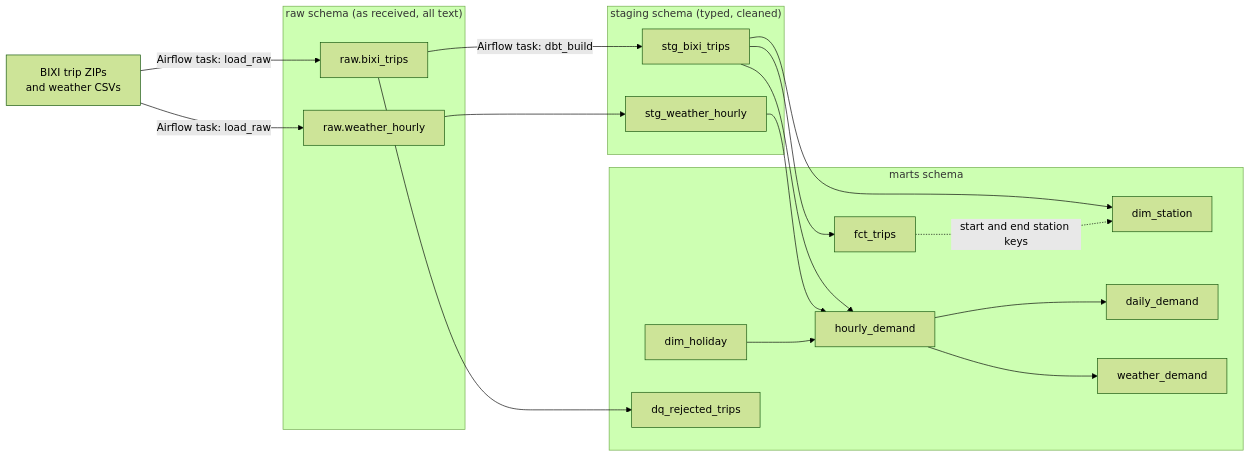
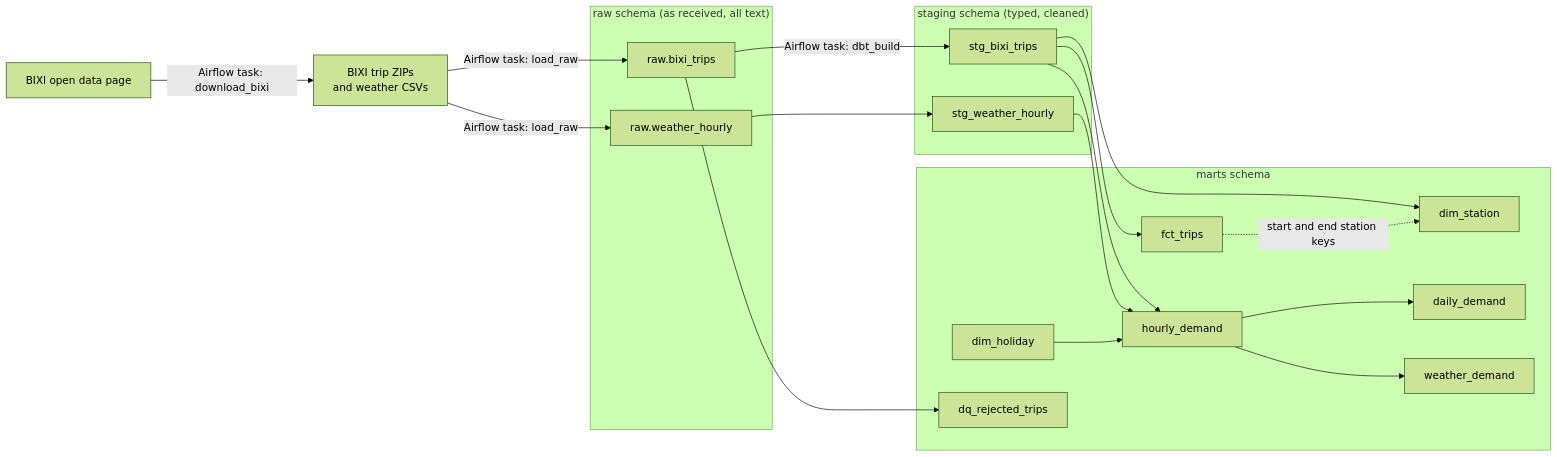
One commit to NadaAf25/bixi-data-platform changed the diagram in README.md. Above: the diagram before and after it, drawn with Mermaid (forest theme). The commit also changed other lines of this file and 1 other file, not shown here.

Commit message:
Document download_bixi, the scheduler incident and the latest run time

````diff
--- a/README.md
+++ b/README.md
@@ -9,38 +9,40 @@
 ```mermaid
 flowchart LR
+    site["BIXI open data page"]
     files["BIXI trip ZIPs<br/>and weather CSVs"]
 
     subgraph raw ["raw schema (as received, all text)"]
         raw_trips["raw.bixi_trips"]
         raw_weather["raw.weather_hourly"]
     end
 
     subgraph staging ["staging schema (typed, cleaned)"]
         stg_trips["stg_bixi_trips"]
         stg_weather["stg_weather_hourly"]
     end
 
     subgraph marts ["marts schema"]
         fct_trips["fct_trips"]
         dim_station["dim_station"]
         hourly["hourly_demand"]
         daily["daily_demand"]
         weather_demand["weather_demand"]
         dim_holiday["dim_holiday"]
         dq["dq_rejected_trips"]
     end
 
+    site -->|"Airflow task: download_bixi"| files
     files -->|"Airflow task: load_raw"| raw_trips
     files -->|"Airflow task: load_raw"| raw_weather
     raw_trips -->|"Airflow task: dbt_build"| stg_trips
     raw_trips --> dq
     raw_weather --> stg_weather
     stg_trips --> fct_trips
     stg_trips --> dim_station
     stg_trips --> hourly
     stg_weather --> hourly
     dim_holiday --> hourly
     hourly --> daily
     hourly --> weather_demand
     fct_trips -.->|"start and end station keys"| dim_station
 ```
````
